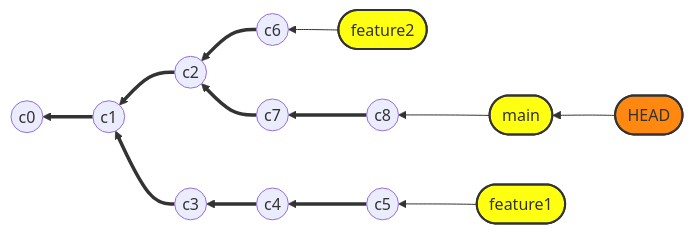
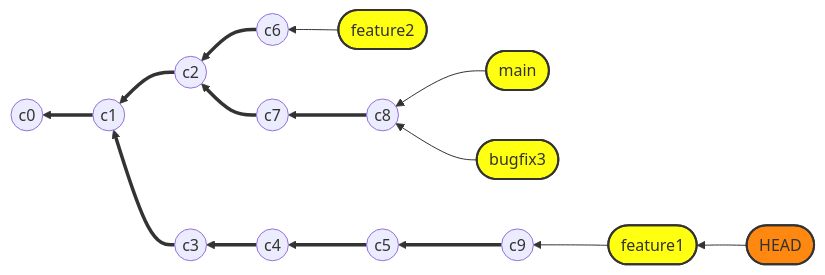
One commit to acenet-arc/git-collaboration changed the tenth of 13 diagrams in _episodes/09-Branches.md. Above: the diagram before and after it, drawn with Mermaid. The commit also changed other lines of this file, not shown here.

```diff
--- a/_episodes/09-Branches.md
+++ b/_episodes/09-Branches.md
@@ -318,22 +321,24 @@
    <div class="mermaid">
    flowchart RL
        c0((c0))
        c1((c1)) ==> c0
        c2((c2)) ==> c1
        c3((c3)) ==> c1
        c4((c4)) ==> c3
        c5((c5)) ==> c4
        c6((c6)) ==> c2
        c7((c7)) ==> c2
        c8((c8)) ==> c7
+       c9((c9)) ==> c5
    
        l1([main]) --> c8
-       l2([feature1]) --> c5
+       l2([feature1]) --> c9
        l3([feature2]) --> c6
-       HEAD([HEAD]) --> l1
+       l4([bugfix3]) --> c8
+       HEAD([HEAD]) --> l2
    
        classDef label fill:#ff1,stroke:#333,stroke-width:2px;
        classDef head fill:#f81,stroke:#333,stroke-width:2px;
-       class l1,l2,l3 label
+       class l1,l2,l3,l4 label
        class HEAD head
    </div>
```
